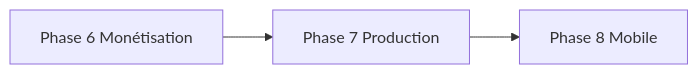
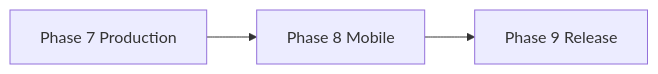
Before and after one commit to drissaj97/immo: the diagram in docs/ROADMAP.md, drawn with Mermaid. The commit also changed other lines of this file and 25 other files, not shown here.

````diff
--- a/docs/ROADMAP.md
+++ b/docs/ROADMAP.md
@@ -43,5 +47,5 @@
 ```mermaid
 flowchart LR
-    P6[Phase 6 Monétisation] --> P7[Phase 7 Production]
-    P7 --> P8[Phase 8 Mobile]
+    P7[Phase 7 Production] --> P8[Phase 8 Mobile]
+    P8 --> P9[Phase 9 Release]
 ```
````
